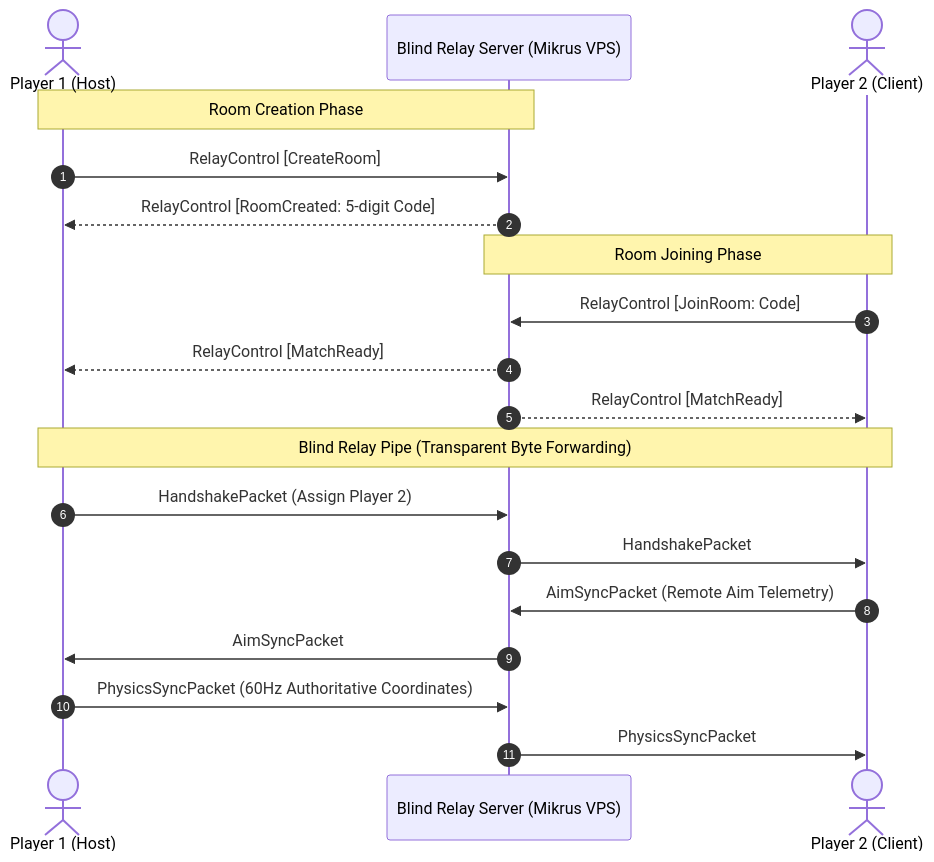
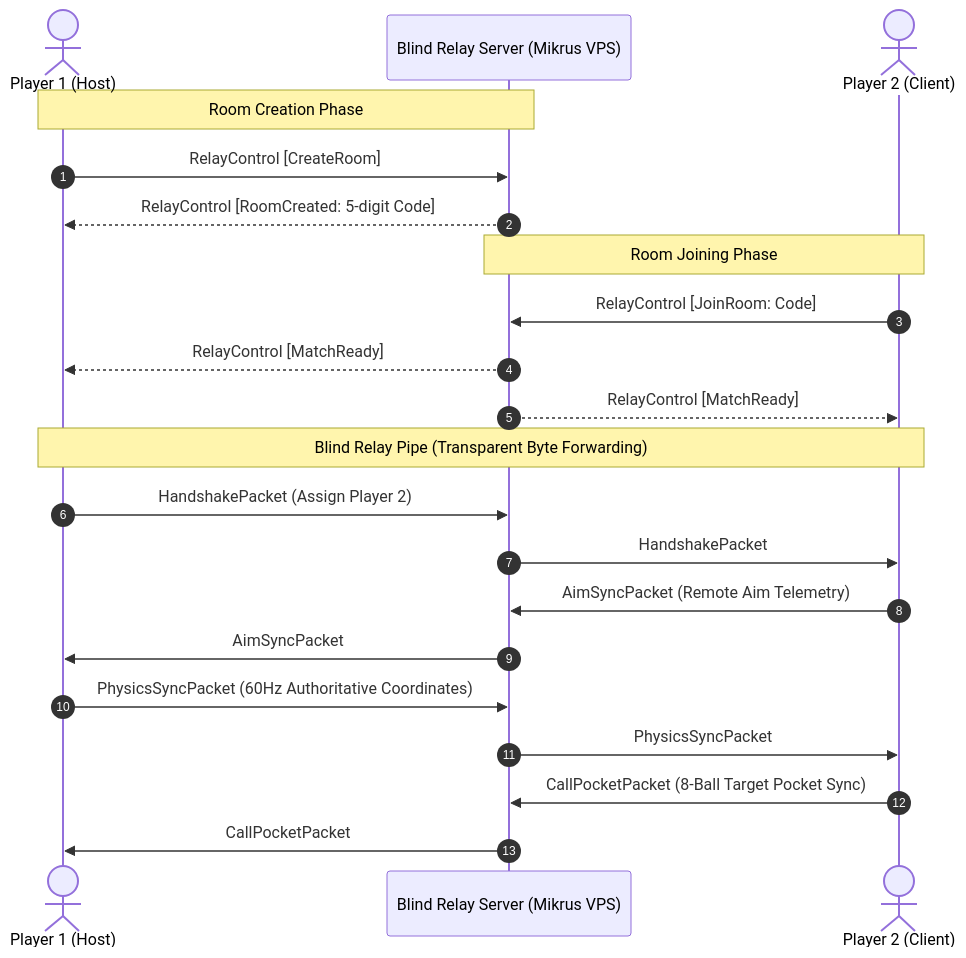
The first of 2 diagrams in README.md (zephir-x/billiards-game), drawn with Mermaid before and after one commit. The commit also changed other lines of this file and 20 other files, not shown here.

````diff
--- a/README.md
+++ b/README.md
@@ -81,24 +83,26 @@
 ```mermaid
 sequenceDiagram
     autonumber
     actor P1 as Player 1 (Host)
     participant Relay as Blind Relay Server (Mikrus VPS)
     actor P2 as Player 2 (Client)
 
     Note over P1,Relay: Room Creation Phase
     P1->>Relay: RelayControl [CreateRoom]
     Relay-->>P1: RelayControl [RoomCreated: 5-digit Code]
 
     Note over P2,Relay: Room Joining Phase
     P2->>Relay: RelayControl [JoinRoom: Code]
     Relay-->>P1: RelayControl [MatchReady]
     Relay-->>P2: RelayControl [MatchReady]
 
     Note over P1,P2: Blind Relay Pipe (Transparent Byte Forwarding)
     P1->>Relay: HandshakePacket (Assign Player 2)
     Relay->>P2: HandshakePacket
     P2->>Relay: AimSyncPacket (Remote Aim Telemetry)
     Relay->>P1: AimSyncPacket
     P1->>Relay: PhysicsSyncPacket (60Hz Authoritative Coordinates)
     Relay->>P2: PhysicsSyncPacket
+    P2->>Relay: CallPocketPacket (8-Ball Target Pocket Sync)
+    Relay->>P1: CallPocketPacket
 ```
````
